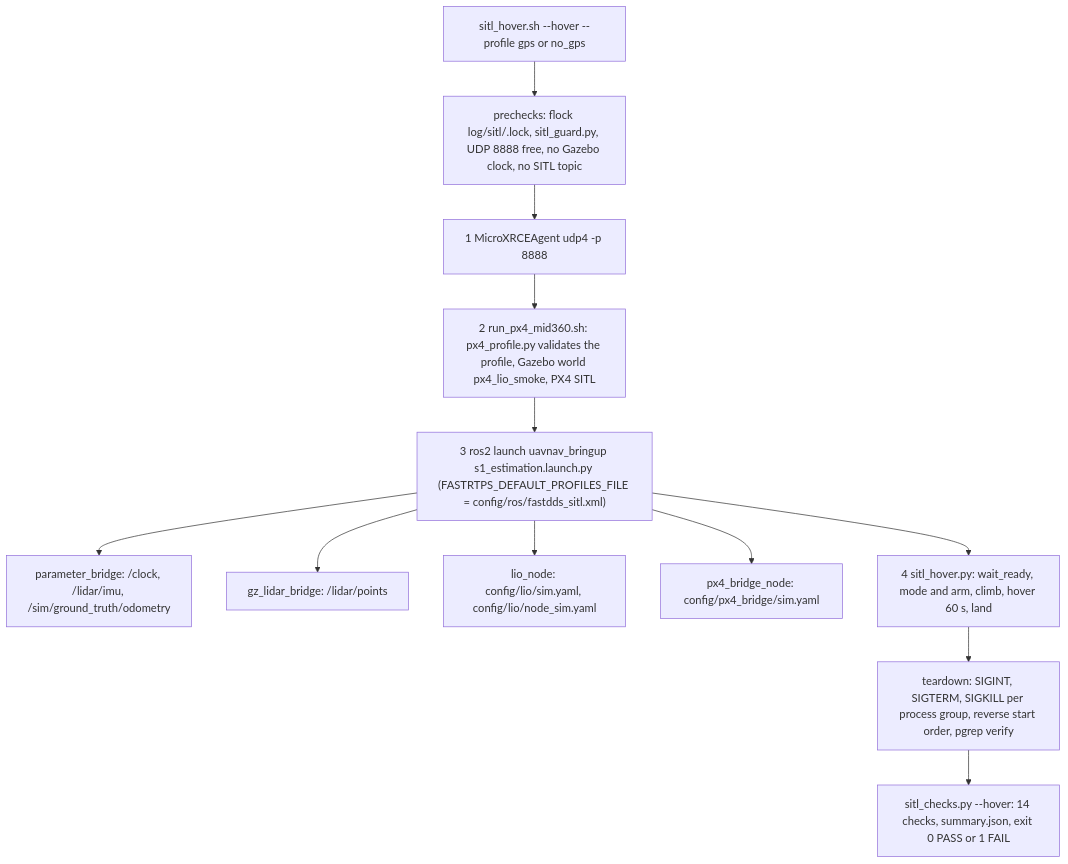
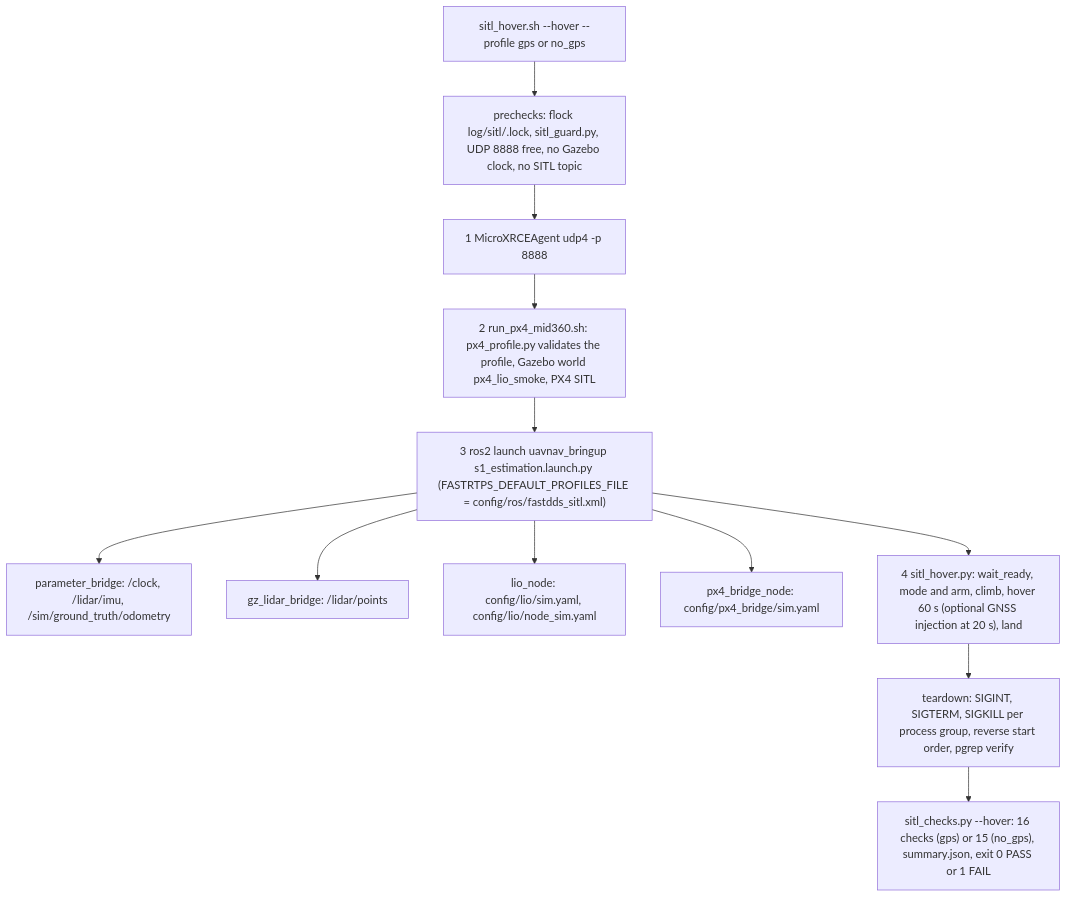
One commit to TanDatEmb/uav-navigation changed diagram 11 of 11 in docs/architecture/AS_BUILT.md. Above: the diagram before and after it, drawn with Mermaid. The commit also changed other lines of this file and 3 other files, not shown here.

````diff
--- a/docs/architecture/AS_BUILT.md
+++ b/docs/architecture/AS_BUILT.md
@@ -578,14 +578,14 @@
 ```mermaid
 flowchart TB
   SH["sitl_hover.sh --hover --profile gps or no_gps"] --> PRE["prechecks: flock log/sitl/.lock, sitl_guard.py, UDP 8888 free, no Gazebo clock, no SITL topic"]
   PRE --> P1["1 MicroXRCEAgent udp4 -p 8888"]
   P1 --> P2["2 run_px4_mid360.sh: px4_profile.py validates the profile, Gazebo world px4_lio_smoke, PX4 SITL"]
   P2 --> P3["3 ros2 launch uavnav_bringup s1_estimation.launch.py (FASTRTPS_DEFAULT_PROFILES_FILE = config/ros/fastdds_sitl.xml)"]
   P3 --> L1["parameter_bridge: /clock, /lidar/imu, /sim/ground_truth/odometry"]
   P3 --> L2["gz_lidar_bridge: /lidar/points"]
   P3 --> L3["lio_node: config/lio/sim.yaml, config/lio/node_sim.yaml"]
   P3 --> L4["px4_bridge_node: config/px4_bridge/sim.yaml"]
-  P3 --> P4["4 sitl_hover.py: wait_ready, mode and arm, climb, hover 60 s, land"]
+  P3 --> P4["4 sitl_hover.py: wait_ready, mode and arm, climb, hover 60 s (optional GNSS injection at 20 s), land"]
   P4 --> TD["teardown: SIGINT, SIGTERM, SIGKILL per process group, reverse start order, pgrep verify"]
-  TD --> V["sitl_checks.py --hover: 14 checks, summary.json, exit 0 PASS or 1 FAIL"]
+  TD --> V["sitl_checks.py --hover: 16 checks (gps) or 15 (no_gps), summary.json, exit 0 PASS or 1 FAIL"]
 ```
````
